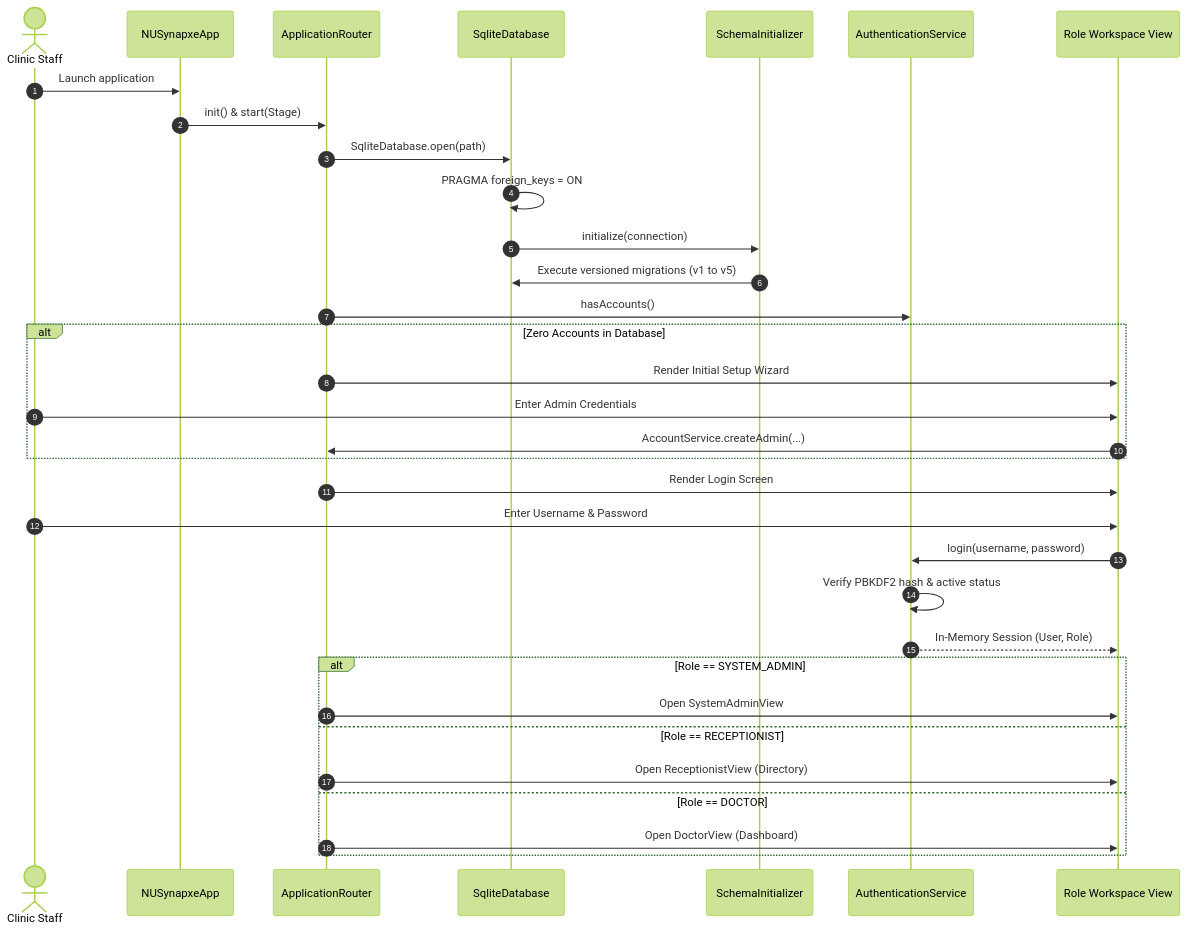
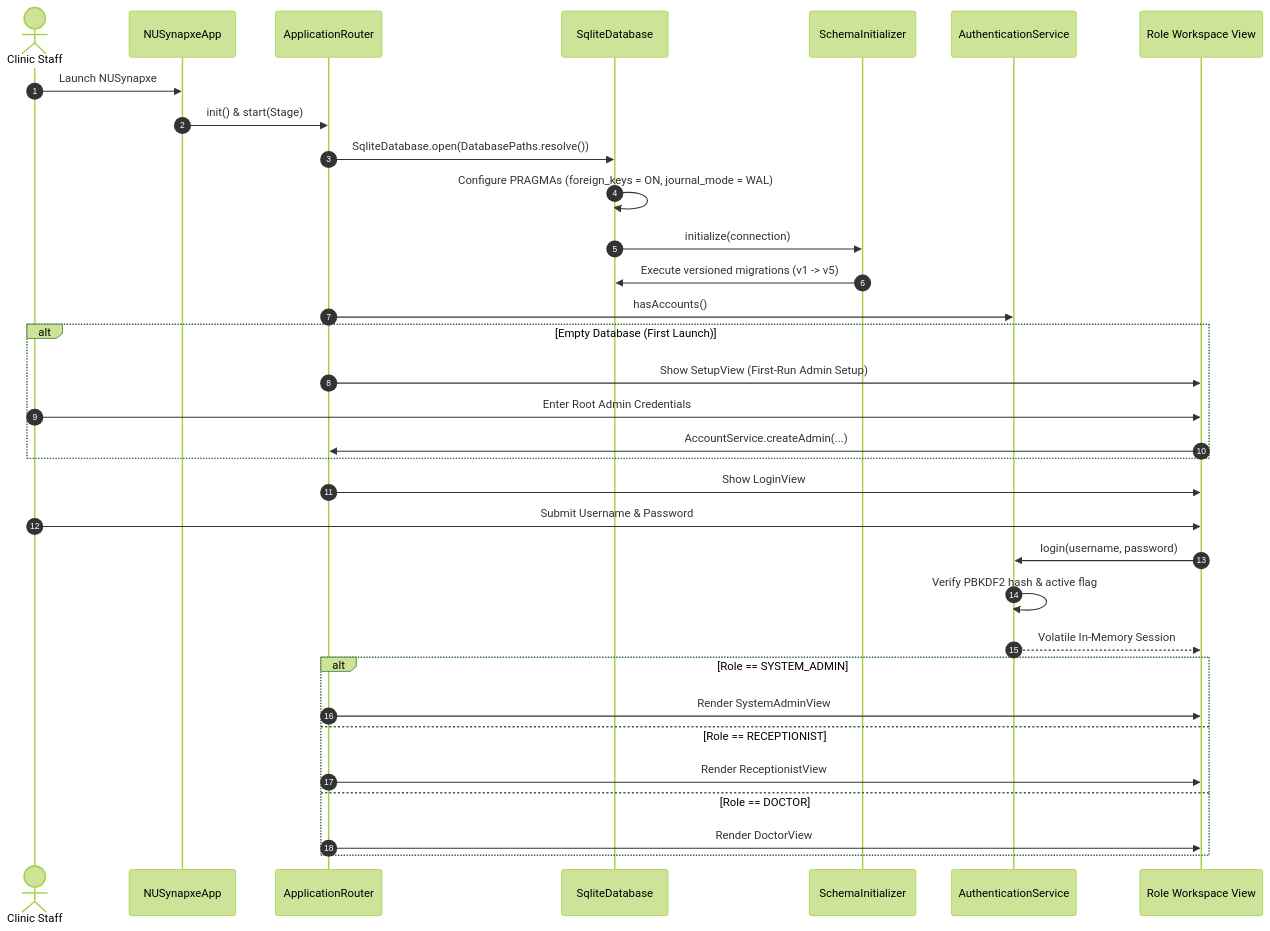
Before and after one commit to CS3227-2610-MP2-NUSynapxe/CS3227-2610-MP2: the second of 12 diagrams in docs/ArchitectureAndDesign.md, drawn with Mermaid (forest theme). The commit also changed other lines of this file and 5 other files, not shown here.

Commit message:
docs: fix Mermaid diagram syntax errors and enhance Product Specifications with Gherkin scenarios

````diff
--- a/docs/ArchitectureAndDesign.md
+++ b/docs/ArchitectureAndDesign.md
@@ -110,36 +51,36 @@
 ```mermaid
 sequenceDiagram
     autonumber
     actor User as Clinic Staff
-    participant Main as NUSynapxeApp
+    participant App as NUSynapxeApp
     participant Router as ApplicationRouter
     participant DB as SqliteDatabase
-    participant Schema as SchemaInitializer
+    participant Migrator as SchemaInitializer
     participant Auth as AuthenticationService
-    participant View as Role Workspace View
+    participant UI as Role Workspace View
 
-    User->>Main: Launch application
-    Main->>Router: init() & start(Stage)
-    Router->>DB: SqliteDatabase.open(path)
-    DB->>DB: PRAGMA foreign_keys = ON;
-    DB->>Schema: initialize(connection)
-    Schema->>DB: Execute versioned migrations (v1 to v5)
+    User->>App: Launch NUSynapxe
+    App->>Router: init() & start(Stage)
+    Router->>DB: SqliteDatabase.open(DatabasePaths.resolve())
+    DB->>DB: Configure PRAGMAs (foreign_keys = ON, journal_mode = WAL)
+    DB->>Migrator: initialize(connection)
+    Migrator->>DB: Execute versioned migrations (v1 -> v5)
     Router->>Auth: hasAccounts()
-    alt Zero Accounts in Database
-        Router->>View: Render Initial Setup Wizard
-        User->>View: Enter Admin Credentials
-        View->>Router: AccountService.createAdmin(...)
+    alt Empty Database (First Launch)
+        Router->>UI: Show SetupView (First-Run Admin Setup)
+        User->>UI: Enter Root Admin Credentials
+        UI->>Router: AccountService.createAdmin(...)
     end
-    Router->>View: Render Login Screen
-    User->>View: Enter Username & Password
-    View->>Auth: login(username, password)
-    Auth->>Auth: Verify PBKDF2 hash & active status
-    Auth-->>View: In-Memory Session (User, Role)
+    Router->>UI: Show LoginView
+    User->>UI: Submit Username & Password
+    UI->>Auth: login(username, password)
+    Auth->>Auth: Verify PBKDF2 hash & active flag
+    Auth-->>UI: Volatile In-Memory Session
     alt Role == SYSTEM_ADMIN
-        Router->>View: Open SystemAdminView
+        Router->>UI: Render SystemAdminView
     else Role == RECEPTIONIST
-        Router->>View: Open ReceptionistView (Directory)
+        Router->>UI: Render ReceptionistView
     else Role == DOCTOR
-        Router->>View: Open DoctorView (Dashboard)
+        Router->>UI: Render DoctorView
     end
 ```
````
